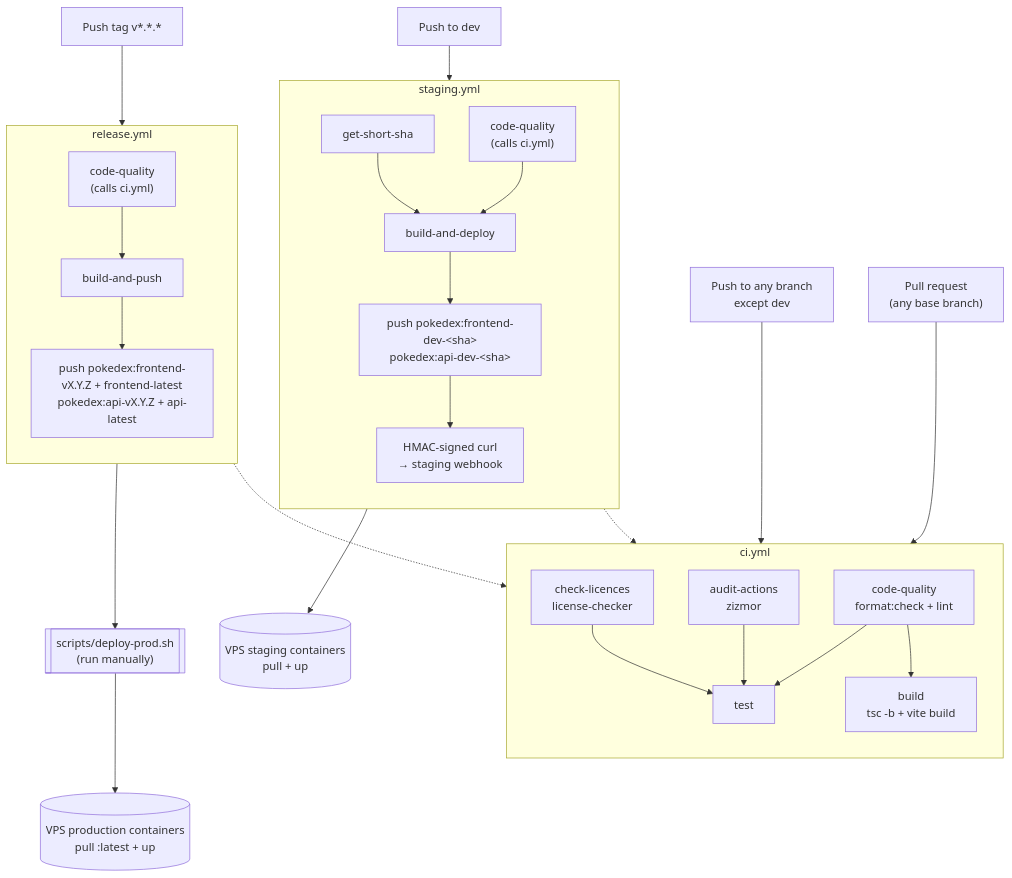
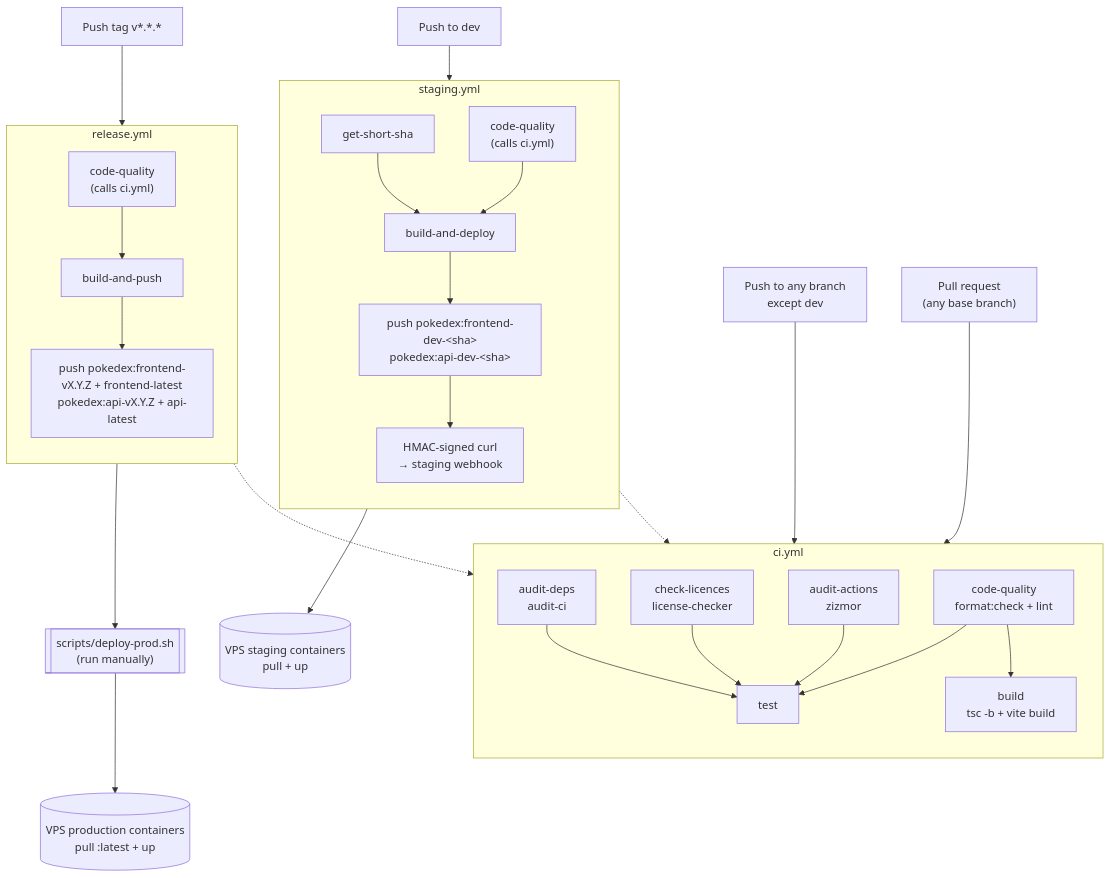
The diagram in README.md (ddZ6ii/pokedex), drawn with Mermaid before and after one commit. The commit also changed other lines of this file and 7 other files, not shown here.

````diff
--- a/README.md
+++ b/README.md
@@ -70,43 +49,44 @@
 ```mermaid
 flowchart TD
     FEAT["Push to any branch<br/>except dev"]
     PR["Pull request<br/>(any base branch)"]
     DEVPUSH["Push to dev"]
     TAGPUSH["Push tag v*.*.*"]
 
     FEAT --> CI
     PR --> CI
 
     subgraph CI["ci.yml"]
         direction TB
         CQ["code-quality<br/>format:check + lint"] --> T["test"]
         AA["audit-actions<br/>zizmor"] --> T
         CL["check-licences<br/>license-checker"] --> T
+        AD["audit-deps<br/>audit-ci"] --> T
         CQ --> B["build<br/>tsc -b + vite build"]
     end
 
     DEVPUSH --> STAGING
 
     subgraph STAGING["staging.yml"]
         direction TB
         SSHA["get-short-sha"]
         SCQ["code-quality<br/>(calls ci.yml)"]
         SSHA --> SSTEP["build-and-deploy"]
         SCQ --> SSTEP
         SSTEP --> SPUSH["push pokedex:frontend-dev-&lt;sha&gt;<br/>pokedex:api-dev-&lt;sha&gt;"]
         SPUSH --> SHOOK["HMAC-signed curl<br/>→ staging webhook"]
     end
     SCQ -.-> CI
     SHOOK --> STAGEVPS[("VPS staging containers<br/>pull + up")]
 
     TAGPUSH --> RELEASE
 
     subgraph RELEASE["release.yml"]
         direction TB
         RCQ["code-quality<br/>(calls ci.yml)"] --> RSTEP["build-and-push"]
         RSTEP --> RPUSH["push pokedex:frontend-vX.Y.Z + frontend-latest<br/>pokedex:api-vX.Y.Z + api-latest"]
     end
     RCQ -.-> CI
     RPUSH --> MANUAL[["scripts/deploy-prod.sh<br/>(run manually)"]]
     MANUAL --> PRODVPS[("VPS production containers<br/>pull :latest + up")]
 ```
````
